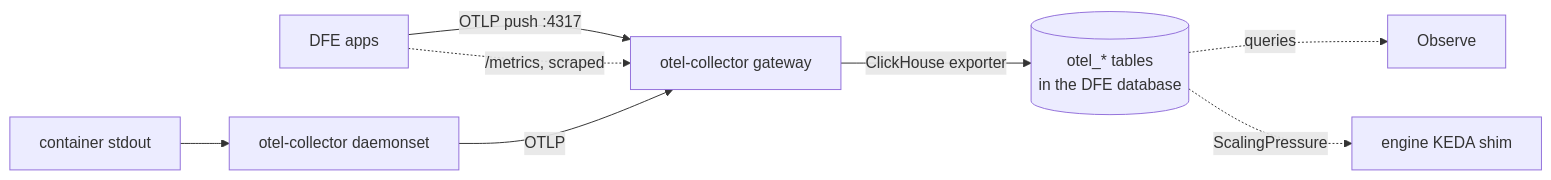
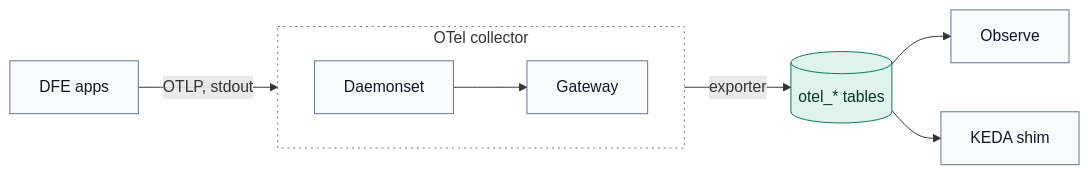
The diagram in docs/deployment/observability-standard.md (hyperi-io/dfe-engine), drawn with Mermaid before and after one commit. The commit also changed other lines of this file and 71 other files, not shown here.

First line of the commit message:
docs(engine): fix 159 claims and redraw every diagram

````diff
--- a/docs/deployment/observability-standard.md
+++ b/docs/deployment/observability-standard.md
@@ -8,10 +10,27 @@
 ```mermaid
 flowchart LR
-    apps["DFE apps"] -->|"OTLP push :4317"| gw["otel-collector gateway"]
-    apps -.->|"/metrics, scraped"| gw
-    stdout["container stdout"] --> ds["otel-collector daemonset"]
-    ds -->|OTLP| gw
-    gw -->|"ClickHouse exporter"| ch[("otel_* tables<br/>in the DFE database")]
-    ch -.->|queries| hdx["Observe"]
-    ch -.->|ScalingPressure| keda["engine KEDA shim"]
+    accTitle: L4 Detail -- Telemetry path
+    accDescr: DFE apps push OTLP to the collector gateway, which scrapes their metrics as well, and their stdout reaches it through the collector daemonset. The gateway's ClickHouse exporter writes the otel tables in the DFE database. Observe and the engine's KEDA shim read those tables.
+
+    apps["DFE apps"]
+
+    subgraph collector["OTel collector"]
+        direction LR
+        ds["Daemonset"] --> gw["Gateway"]
+    end
+
+    otel[("otel_* tables")]
+    observe["Observe"]
+    shim["KEDA shim"]
+
+    apps -->|OTLP, stdout| collector
+    collector -->|exporter| otel
+    otel --> observe
+    otel --> shim
+
+    classDef default fill:#F8FAFC,stroke:#64748B,stroke-width:1px,color:#0F172A
+    classDef store fill:#DDF3EC,stroke:#00785A,stroke-width:1px,color:#0B3327
+    classDef group fill:none,stroke:#64748B,stroke-width:1px,stroke-dasharray:2 4
+    class otel store
+    class collector group
 ```
````
